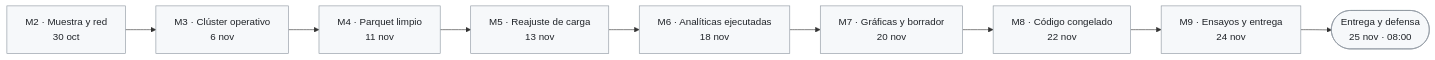
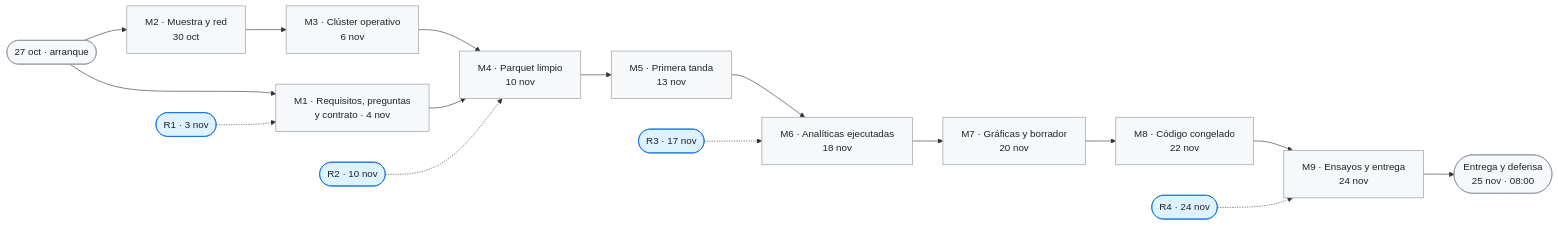
Before and after one commit to albertxestrada/BigData-OpenFoodFacts: the sixth of 7 diagrams in issues.md, drawn with Mermaid. The commit also changed other lines of this file, not shown here.

First line of the commit message:
Replanificar por semanas, añadir M1, reuniones del martes y diagramas de dependencias

````diff
--- a/issues.md
+++ b/issues.md
@@ -113,23 +320,37 @@
 ```mermaid
 flowchart LR
-    M2["M2 · Muestra y red<br/>30 oct"] --> M3["M3 · Clúster operativo<br/>6 nov"]
-    M3 --> M4["M4 · Parquet limpio<br/>11 nov"]
-    M4 --> M5["M5 · Reajuste de carga<br/>13 nov"]
+    S(["27 oct · arranque"]) --> M1["M1 · Requisitos, preguntas<br/>y contrato · 4 nov"]
+    S --> M2["M2 · Muestra y red<br/>30 oct"]
+    M2 --> M3["M3 · Clúster operativo<br/>6 nov"]
+    M3 --> M4["M4 · Parquet limpio<br/>10 nov"]
+    M1 --> M4
+    M4 --> M5["M5 · Primera tanda<br/>13 nov"]
     M5 --> M6["M6 · Analíticas ejecutadas<br/>18 nov"]
     M6 --> M7["M7 · Gráficas y borrador<br/>20 nov"]
     M7 --> M8["M8 · Código congelado<br/>22 nov"]
     M8 --> M9["M9 · Ensayos y entrega<br/>24 nov"]
     M9 --> FIN(["Entrega y defensa<br/>25 nov · 08:00"])
+    R1(["R1 · 3 nov"]) -.-> M1
+    R2(["R2 · 10 nov"]) -.-> M4
+    R3(["R3 · 17 nov"]) -.-> M6
+    R4(["R4 · 24 nov"]) -.-> M9
 
     classDef pendiente fill:#f6f8fa,stroke:#8c959f,color:#1f2328
     classDef hecho fill:#dafbe1,stroke:#1a7f37,color:#1f2328
+    classDef reunion fill:#ddf4ff,stroke:#0969da,color:#1f2328
+    class S pendiente
+    class M1 pendiente
     class M2 pendiente
     class M3 pendiente
     class M4 pendiente
     class M5 pendiente
     class M6 pendiente
     class M7 pendiente
     class M8 pendiente
     class M9 pendiente
     class FIN pendiente
+    class R1 reunion
+    class R2 reunion
+    class R3 reunion
+    class R4 reunion
 ```
````
